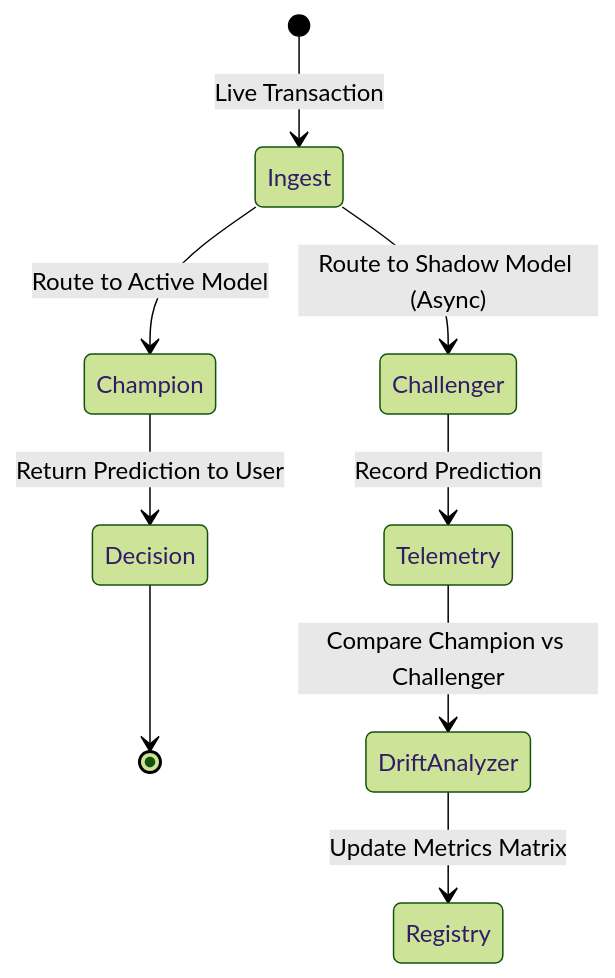
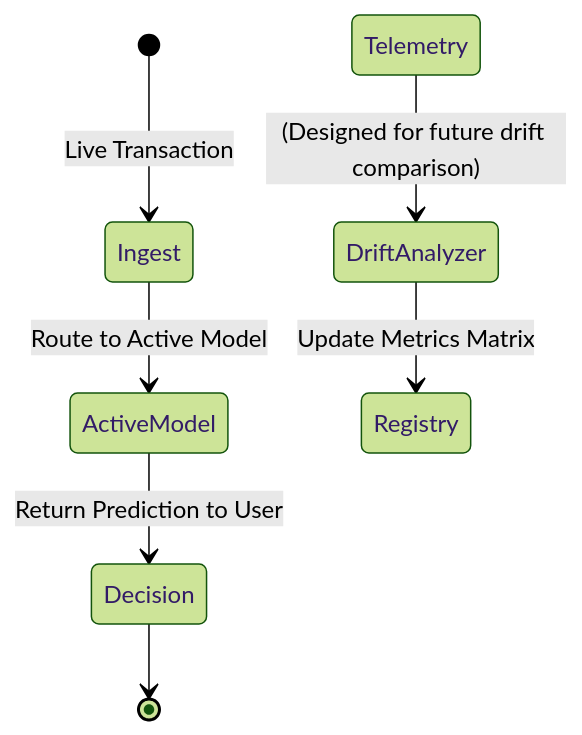
The third of 5 diagrams in docs/diagrams/architecture.md (JagabattulaKarthikeya-1227/FraudShield-AI), drawn with Mermaid (forest theme) before and after one commit. The commit also changed other lines of this file and 18 other files, not shown here.

Commit message:
docs: Final cleanup of architectural and performance claims for integrity (Problem #12)

````diff
--- a/docs/diagrams/architecture.md
+++ b/docs/diagrams/architecture.md
@@ -49,13 +49,13 @@
 ```mermaid
 stateDiagram-v2
     [*] --> Ingest: Live Transaction
-    Ingest --> Champion: Route to Active Model
-    Ingest --> Challenger: Route to Shadow Model (Async)
-    
-    Champion --> Decision: Return Prediction to User
+    Ingest --> ActiveModel: Route to Active Model
+
+
+    ActiveModel --> Decision: Return Prediction to User
     Decision --> [*]
-    
-    Challenger --> Telemetry: Record Prediction
-    Telemetry --> DriftAnalyzer: Compare Champion vs Challenger
+
+
+    Telemetry --> DriftAnalyzer: (Designed for future drift comparison)
     DriftAnalyzer --> Registry: Update Metrics Matrix
 ```
````
